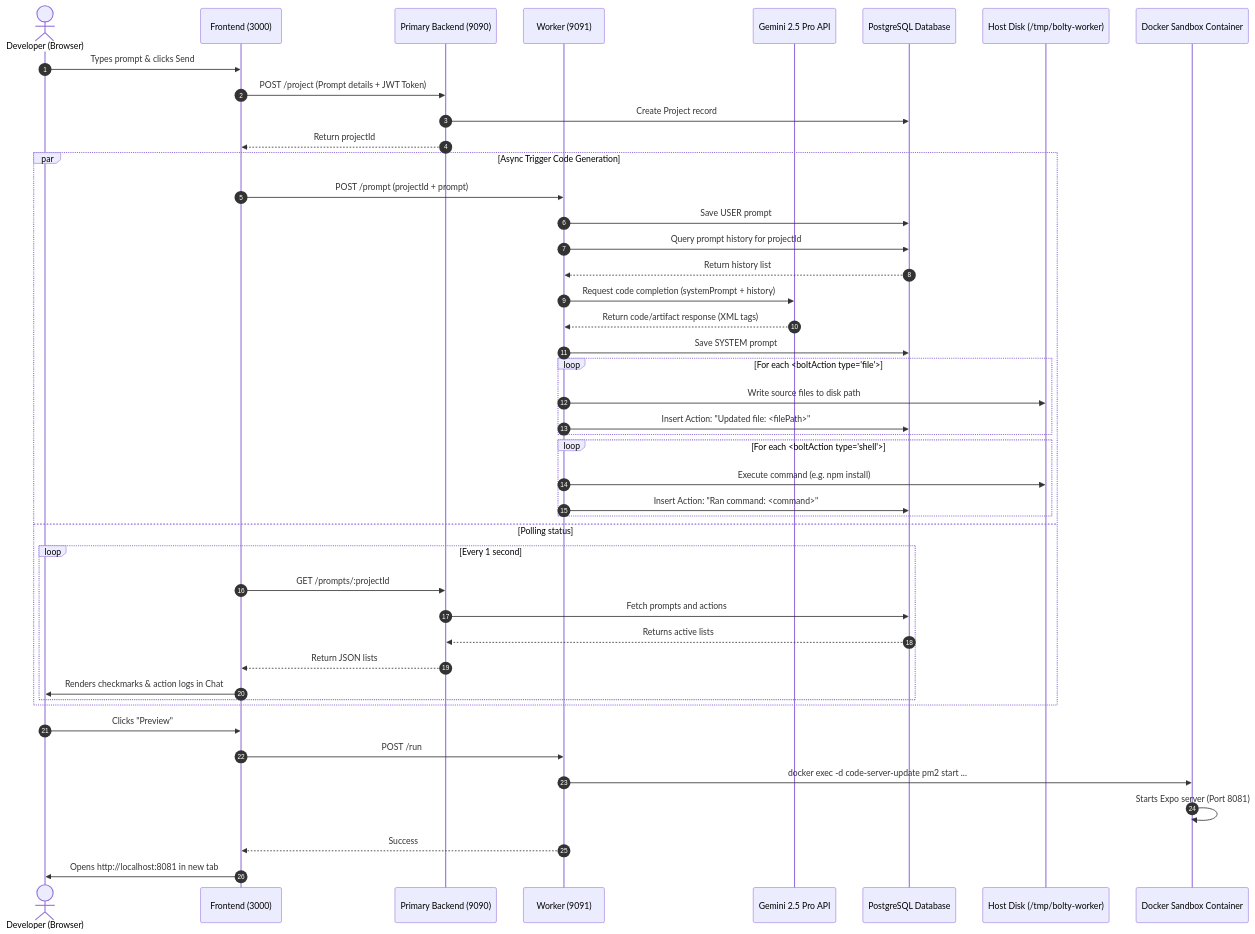
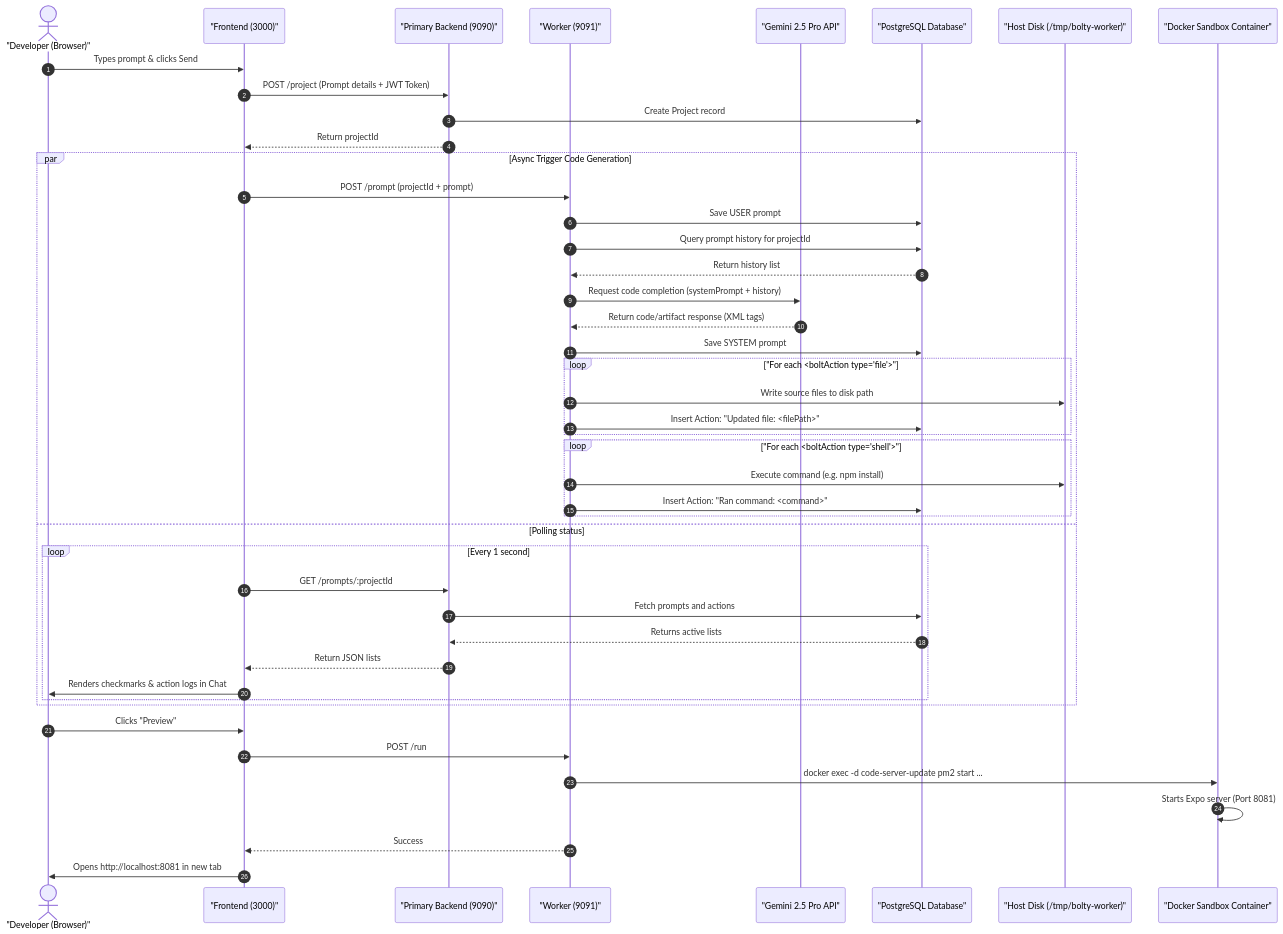
One commit to VinitKumar01/bolt-for-mobile-apps changed the second of 3 diagrams in ARCHITECTURE.md. Above: the diagram before and after it, drawn with Mermaid. The commit also changed other lines of this file and 12 other files, not shown here.

Commit message:
updated project architecture

````diff
--- a/ARCHITECTURE.md
+++ b/ARCHITECTURE.md
@@ -150,52 +153,52 @@
 ```mermaid
 sequenceDiagram
     autonumber
-    actor User as Developer (Browser)
-    participant Front as Frontend (3000)
-    participant PB as Primary Backend (9090)
-    participant Worker as Worker (9091)
-    participant Gemini as Gemini 2.5 Pro API
-    participant DB as PostgreSQL Database
-    participant Disk as Host Disk (/tmp/bolty-worker)
-    participant Docker as Docker Sandbox Container
+    actor User as "Developer (Browser)"
+    participant Front as "Frontend (3000)"
+    participant PB as "Primary Backend (9090)"
+    participant Worker as "Worker (9091)"
+    participant Gemini as "Gemini 2.5 Pro API"
+    participant DB as "PostgreSQL Database"
+    participant Disk as "Host Disk (/tmp/bolty-worker)"
+    participant Docker as "Docker Sandbox Container"
 
     User->>Front: Types prompt & clicks Send
     Front->>PB: POST /project (Prompt details + JWT Token)
     PB->>DB: Create Project record
     PB-->>Front: Return projectId
-    
+
     par Async Trigger Code Generation
         Front->>Worker: POST /prompt (projectId + prompt)
         Worker->>DB: Save USER prompt
         Worker->>DB: Query prompt history for projectId
         DB-->>Worker: Return history list
         Worker->>Gemini: Request code completion (systemPrompt + history)
         Gemini-->>Worker: Return code/artifact response (XML tags)
         Worker->>DB: Save SYSTEM prompt
-        
-        loop For each <boltAction type="file">
+
+        loop "For each <boltAction type='file'>"
             Worker->>Disk: Write source files to disk path
             Worker->>DB: Insert Action: "Updated file: <filePath>"
         end
 
-        loop For each <boltAction type="shell">
+        loop "For each <boltAction type='shell'>"
             Worker->>Disk: Execute command (e.g. npm install)
             Worker->>DB: Insert Action: "Ran command: <command>"
         end
     and Polling status
         loop Every 1 second
             Front->>PB: GET /prompts/:projectId
             PB->>DB: Fetch prompts and actions
             DB-->>PB: Returns active lists
             PB-->>Front: Return JSON lists
             Front->>User: Renders checkmarks & action logs in Chat
         end
     end
 
     User->>Front: Clicks "Preview"
     Front->>Worker: POST /run
     Worker->>Docker: docker exec -d code-server-update pm2 start ...
     Docker->>Docker: Starts Expo server (Port 8081)
     Worker-->>Front: Success
     Front->>User: Opens http://localhost:8081 in new tab
 ```
````
